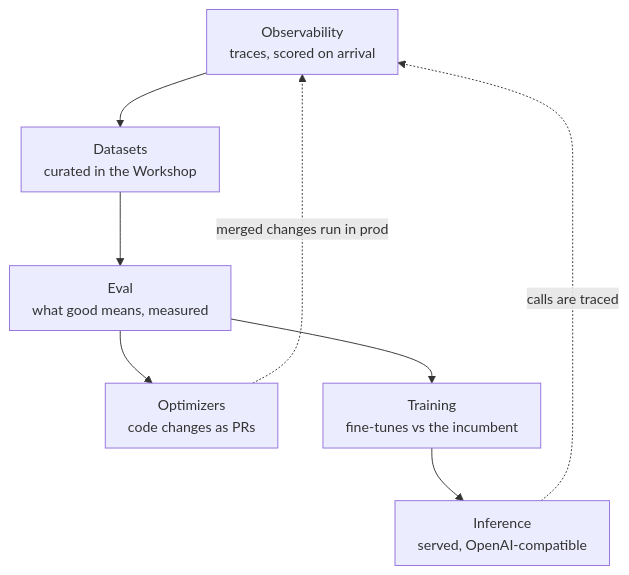
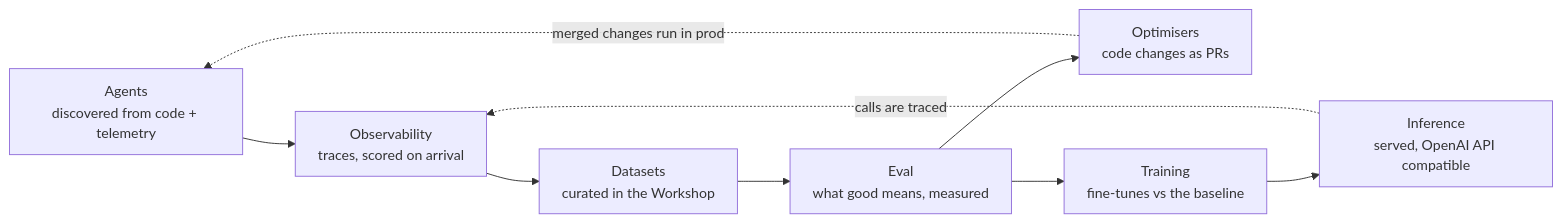
One commit to overmind-core/docs changed the diagram in index.mdx. Above: the diagram before and after it, drawn with Mermaid. The commit also changed other lines of this file and 13 other files, not shown here.

````diff
--- a/index.mdx
+++ b/index.mdx
@@ -11,11 +11,12 @@
 ```mermaid
 %%{init: {"flowchart": {"nodeSpacing": 48, "rankSpacing": 56, "padding": 12, "curve": "basis"}, "themeVariables": {"fontSize": "15px", "fontFamily": "PP Neue Montreal, system-ui, sans-serif"}}}%%
-flowchart TB
-    O["Observability<br/>traces, scored on arrival"] --> D["Datasets<br/>curated in the Workshop"]
+flowchart LR
+    A["Agents<br/>discovered from code + telemetry"] --> O["Observability<br/>traces, scored on arrival"]
+    O --> D["Datasets<br/>curated in the Workshop"]
     D --> E["Eval<br/>what good means, measured"]
-    E --> OP["Optimizers<br/>code changes as PRs"]
-    E --> T["Training<br/>fine-tunes vs the incumbent"]
-    T --> I["Inference<br/>served, OpenAI-compatible"]
-    OP -. "merged changes run in prod" .-> O
+    E --> OP["Optimisers<br/>code changes as PRs"]
+    E --> T["Training<br/>fine-tunes vs the baseline"]
+    T --> I["Inference<br/>served, OpenAI API compatible"]
+    OP -. "merged changes run in prod" .-> A
     I -. "calls are traced" .-> O
 ```
````
